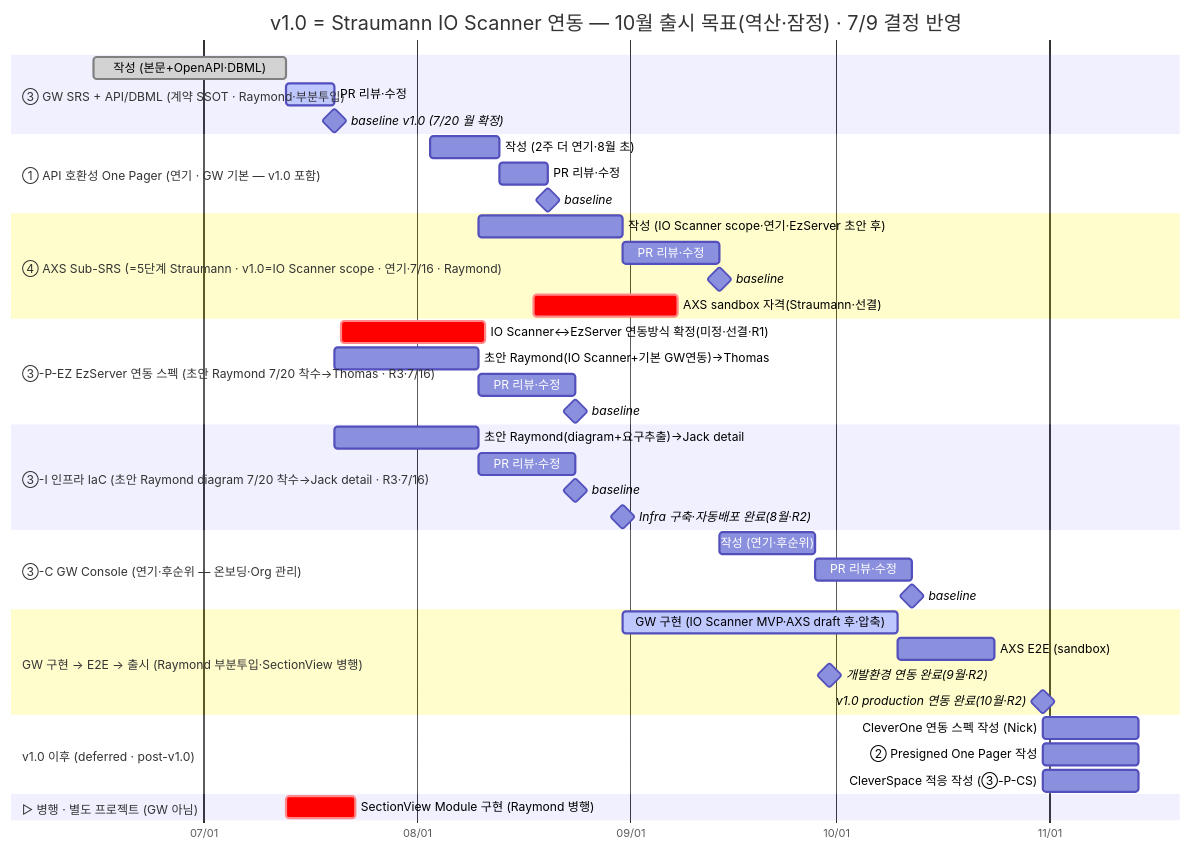
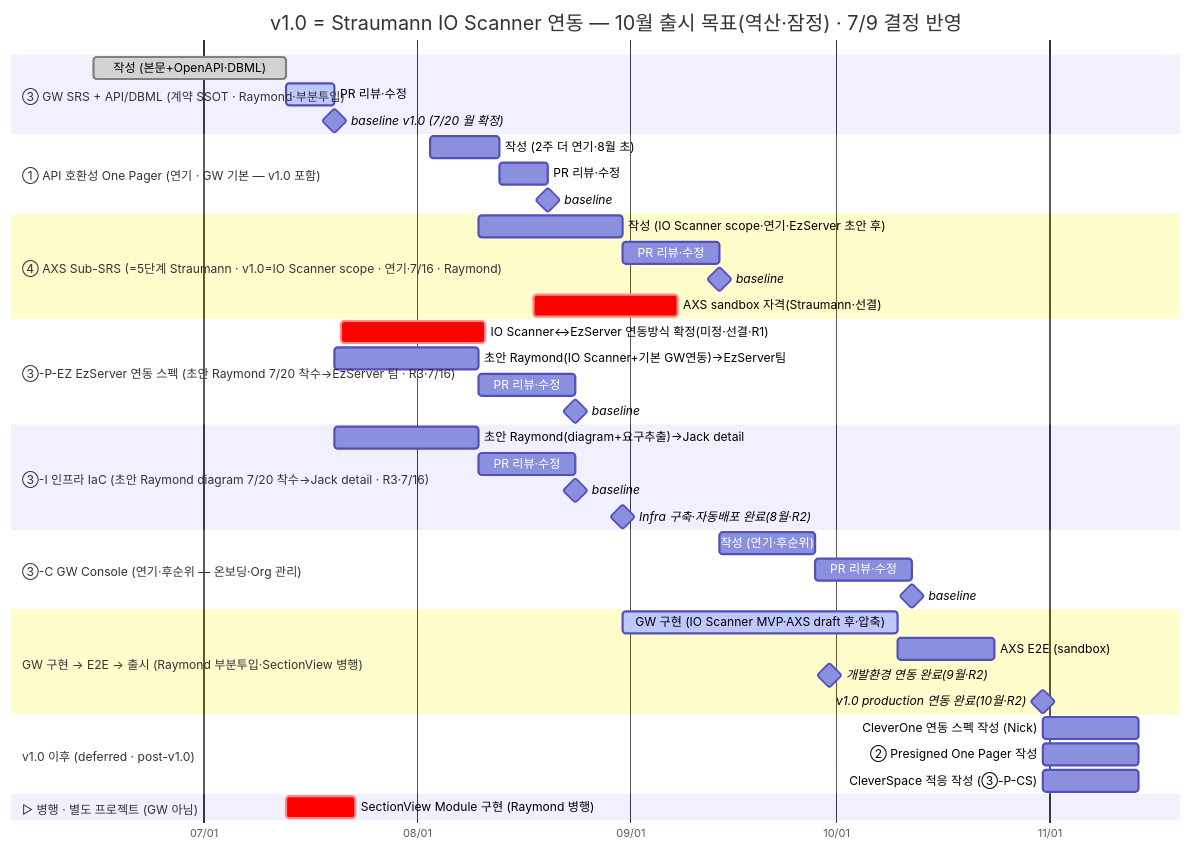
The eighth of 8 diagrams in docs/VT_API_Gateway/08.VT_API_Gateway/주간회의-Agenda.md (gracegyu/scp-architecture), drawn with Mermaid before and after one commit. The commit also changed other lines of this file and 2 other files, not shown here.

Commit message:
docs(주간회의): EzServer GW 적응 OnePager 초안 작성 및 팀 변경
EzServer GW 적응 OnePager 초안의 작성자가 Thomas에서 EzServer 팀으로 변경되었으며, 초안 내용에 대한 세부 사항이 업데이트되었습니다. 또한, 관련 문서의 작성 모델과 상태가 갱신되어 향후 개발 방향을 명확히 하였습니다.

````diff
--- a/docs/VT_API_Gateway/08.VT_API_Gateway/주간회의-Agenda.md
+++ b/docs/VT_API_Gateway/08.VT_API_Gateway/주간회의-Agenda.md
@@ -945,54 +945,54 @@
     ```mermaid
     gantt
         title v1.0 = Straumann IO Scanner 연동 — 10월 출시 목표(역산·잠정) · 7/9 결정 반영
         dateFormat YYYY-MM-DD
         axisFormat %m/%d
         todayMarker stroke-width:3px,stroke:#d33,opacity:0.6
 
         section ③ GW SRS + API/DBML (계약 SSOT · Raymond·부분투입)
         작성 (본문+OpenAPI·DBML)       :done, srsw, 2026-06-15, 28d
         PR 리뷰·수정                  :active, srspr, 2026-07-13, 2026-07-20
         baseline v1.0 (7/20 월 확정)     :milestone, srsbl, after srspr, 0d
 
         section ① API 호환성 One Pager (연기 · GW 기본 — v1.0 포함)
         작성 (2주 더 연기·8월 초)       :op1w, 2026-08-03, 10d
         PR 리뷰·수정                  :op1pr, after op1w, 7d
         baseline                      :milestone, op1bl, after op1pr, 0d
 
         section ④ AXS Sub-SRS (=5단계 Straumann · v1.0=IO Scanner scope · 연기·7/16 · Raymond)
         작성 (IO Scanner scope·연기·EzServer 초안 후) :axsw, after ezw, 21d
         PR 리뷰·수정                  :axspr, after axsw, 14d
         baseline                      :milestone, axsbl, after axspr, 0d
         AXS sandbox 자격(Straumann·선결) :crit, cred, 2026-08-18, 21d
 
-        section ③-P-EZ EzServer 연동 스펙 (초안 Raymond 7/20 착수→Thomas · R3·7/16)
+        section ③-P-EZ EzServer 연동 스펙 (초안 Raymond 7/20 착수→EzServer 팀 · R3·7/16)
         IO Scanner↔EzServer 연동방식 확정(미정·선결·R1) :crit, ezm, 2026-07-21, 21d
-        초안 Raymond(IO Scanner+기본 GW연동)→Thomas :ezw, 2026-07-20, 21d
+        초안 Raymond(IO Scanner+기본 GW연동)→EzServer팀 :ezw, 2026-07-20, 21d
         PR 리뷰·수정                  :ezpr, after ezw, 14d
         baseline                      :milestone, ezbl, after ezpr, 0d
 
         section ③-I 인프라 IaC (초안 Raymond diagram 7/20 착수→Jack detail · R3·7/16)
         초안 Raymond(diagram+요구추출)→Jack detail :infw, 2026-07-20, 21d
         PR 리뷰·수정                  :infpr, after infw, 14d
         baseline                      :milestone, infbl, after infpr, 0d
         Infra 구축·자동배포 완료(8월·R2) :milestone, infra8, 2026-08-31, 0d
 
         section ③-C GW Console (연기·후순위 — 온보딩·Org 관리)
         작성 (연기·후순위)              :conw, after axsbl, 14d
         PR 리뷰·수정                  :conpr, after conw, 14d
         baseline                      :milestone, conbl, after conpr, 0d
 
         section GW 구현 → E2E → 출시 (Raymond 부분투입·SectionView 병행)
         GW 구현 (IO Scanner MVP·AXS draft 후·압축) :active, impl, after axsw, 40d
         AXS E2E (sandbox)              :e2e, after impl, 14d
         개발환경 연동 완료(9월·R2)       :milestone, dev9, 2026-09-30, 0d
         v1.0 production 연동 완료(10월·R2) :milestone, rel, 2026-10-31, 0d
 
         section v1.0 이후 (deferred · post-v1.0)
         CleverOne 연동 스펙 작성 (Nick) :codef, after rel, 14d
         ② Presigned One Pager 작성     :pdef, after rel, 14d
         CleverSpace 적응 작성 (③-P-CS)  :csdef, after rel, 14d
 
         section ▷ 병행 · 별도 프로젝트 (GW 아님)
         SectionView Module 구현 (Raymond 병행) :crit, sv, 2026-07-13, 2026-07-23
     ```
````
